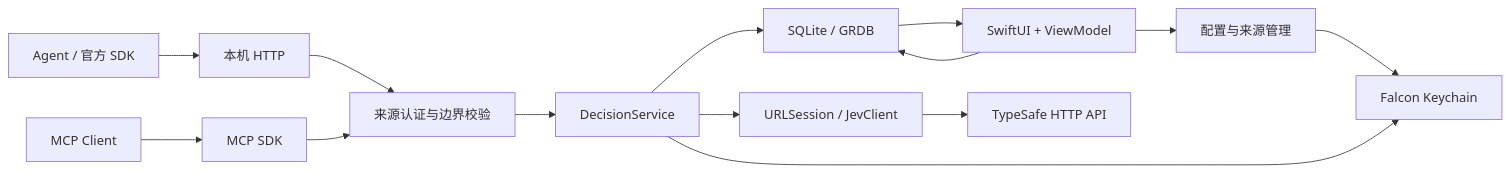
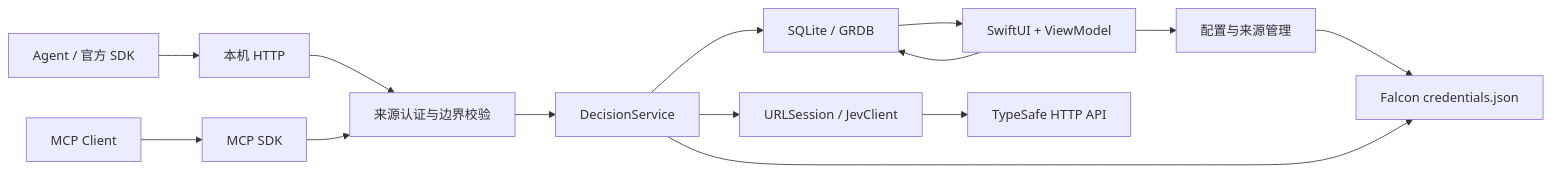
One commit to nocoo/falcon changed the diagram in docs/02-architecture.md. Above: the diagram before and after it, drawn with Mermaid. The commit also changed other lines of this file and 8 other files, not shown here.

````diff
--- a/docs/02-architecture.md
+++ b/docs/02-architecture.md
@@ -7,16 +7,16 @@
 ```mermaid
 flowchart LR
     Agent[Agent / 官方 SDK] --> HTTP[本机 HTTP]
     MCPClient[MCP Client] --> MCP[MCP SDK]
     HTTP --> Auth[来源认证与边界校验]
     MCP --> Auth
     Auth --> Service[DecisionService]
     UI[SwiftUI + ViewModel] --> Store[SQLite / GRDB]
     UI --> Settings[配置与来源管理]
-    Settings --> Vault[Falcon Keychain]
+    Settings --> Vault[Falcon credentials.json]
     Service --> Vault
     Service --> Store
     Service --> Client[URLSession / JevClient]
     Client --> Jev[TypeSafe HTTP API]
     Store --> UI
 ```
````
